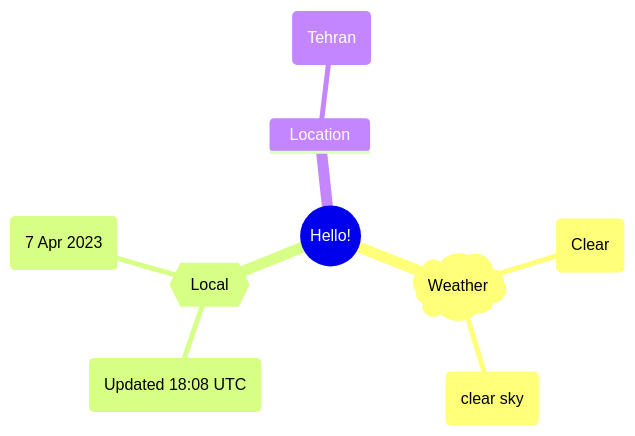
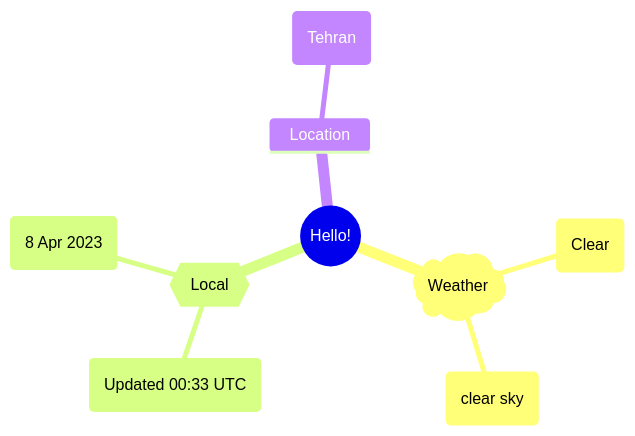
The first of 2 diagrams in README.md (Xosrov/Xosrov), drawn with Mermaid before and after one commit.

Commit message:
[bot] updated images

````diff
--- a/README.md
+++ b/README.md
@@ -3,12 +3,12 @@
 ```mermaid
 mindmap
   root((Hello!))
     )Weather(
         (Clear)
         (clear sky)
     {{Local}}
-        (Updated 18:08 UTC)
-        (7 Apr 2023)
+        (Updated 00:33 UTC)
+        (8 Apr 2023)
     Location
         (Tehran)
 ```
````
